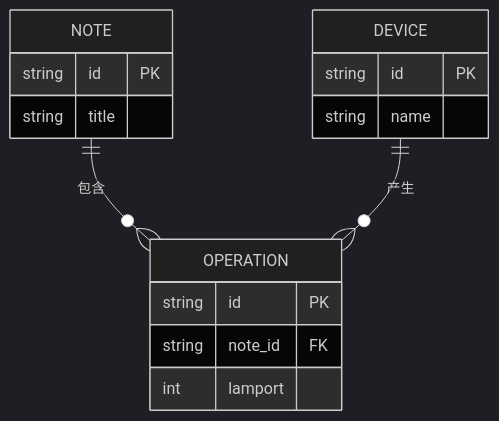
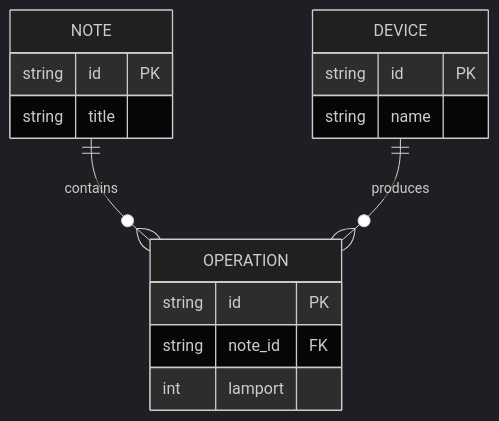
One commit to folay-git/typora-cursor-theme changed the first of 7 diagrams in preview.md. Above: the diagram before and after it, drawn with Mermaid (dark theme). The commit also changed other lines of this file and 16 other files, not shown here.

````diff
--- a/preview.md
+++ b/preview.md
@@ -93,18 +93,18 @@
 ```mermaid
 erDiagram
-    NOTE ||--o{ OPERATION : "包含"
-    DEVICE ||--o{ OPERATION : "产生"
+    NOTE ||--o{ OPERATION : "contains"
+    DEVICE ||--o{ OPERATION : "produces"
     NOTE {
         string id PK
         string title
     }
     OPERATION {
         string id PK
         string note_id FK
         int lamport
     }
     DEVICE {
         string id PK
         string name
     }
 ```
````
